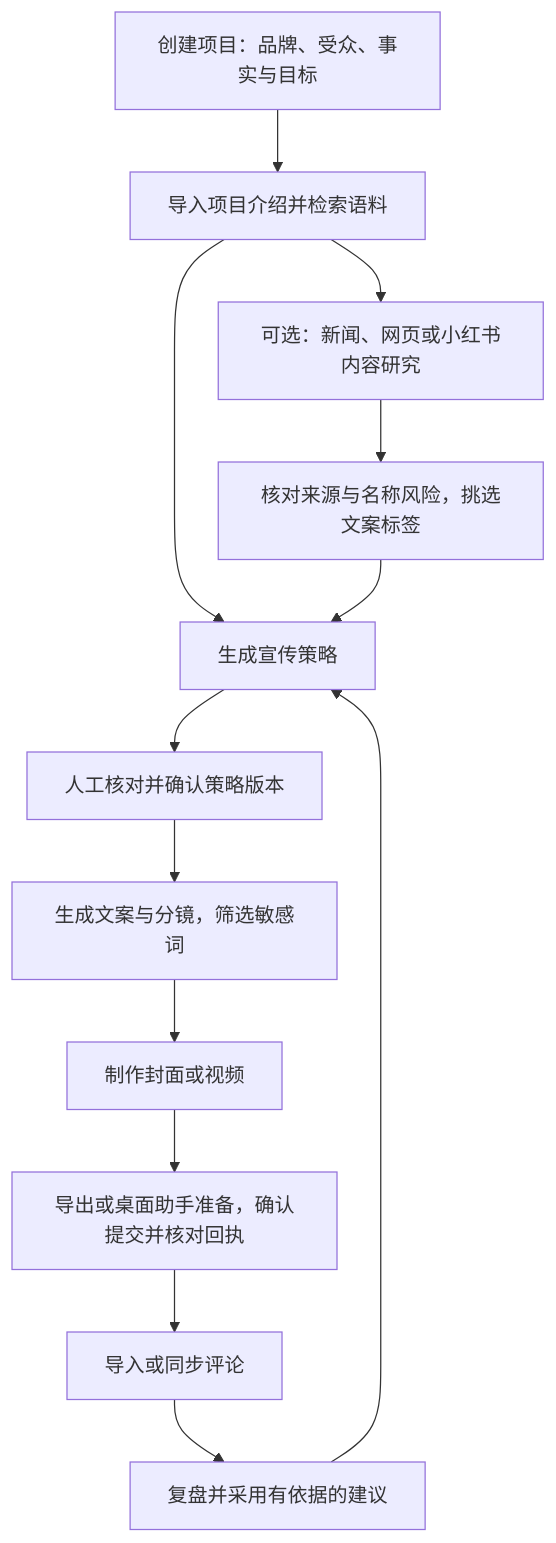
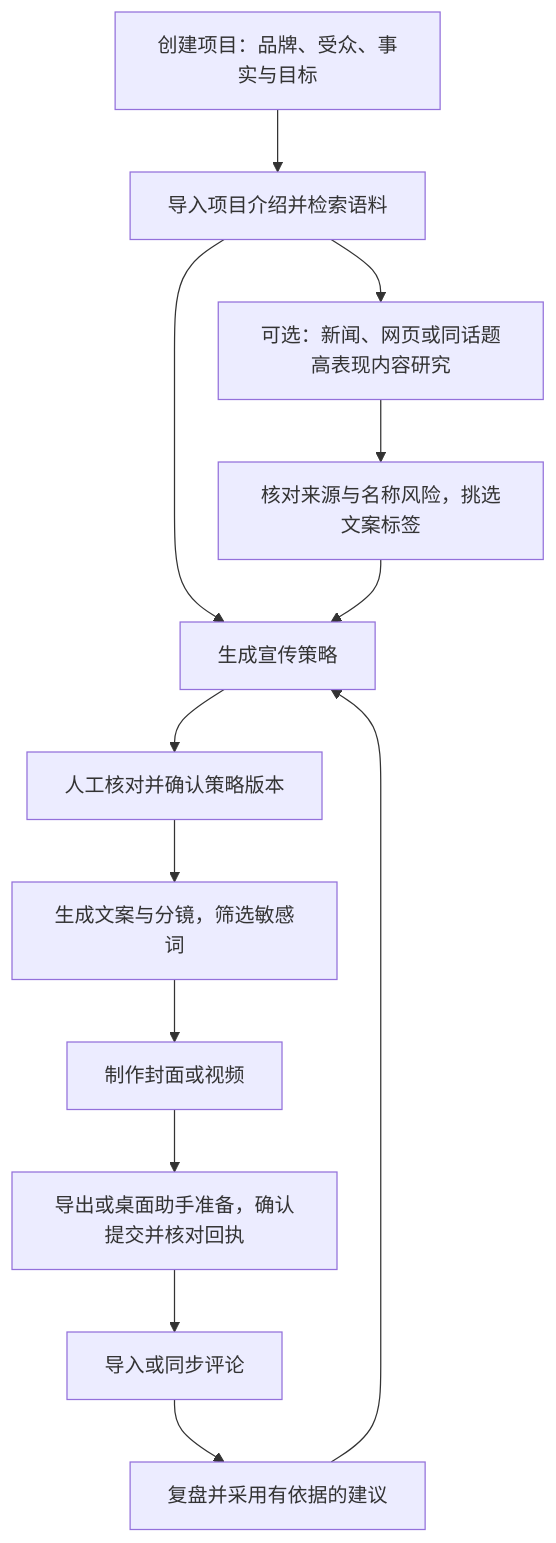
Before and after one commit to JerryCoal/shengzhang-studio: the diagram in README.md, drawn with Mermaid. The commit also changed other lines of this file and 150 other files, not shown here.

````diff
--- a/README.md
+++ b/README.md
@@ -64,15 +77,15 @@
 ```mermaid
 flowchart TD
     A[创建项目：品牌、受众、事实与目标] --> B[导入项目介绍并检索语料]
-    B --> C[可选：新闻、网页或小红书内容研究]
+    B --> C[可选：新闻、网页或同话题高表现内容研究]
     C --> D[核对来源与名称风险，挑选文案标签]
     B --> E[生成宣传策略]
     D --> E
     E --> F[人工核对并确认策略版本]
     F --> G[生成文案与分镜，筛选敏感词]
     G --> H[制作封面或视频]
     H --> I[导出或桌面助手准备，确认提交并核对回执]
     I --> J[导入或同步评论]
     J --> K[复盘并采用有依据的建议]
     K --> E
 ```
````
